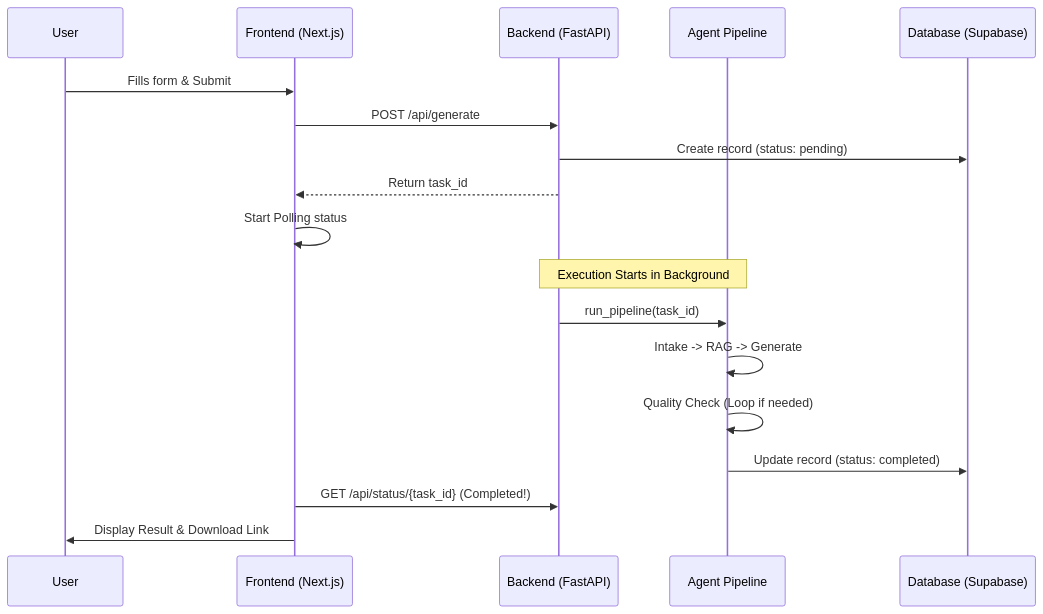
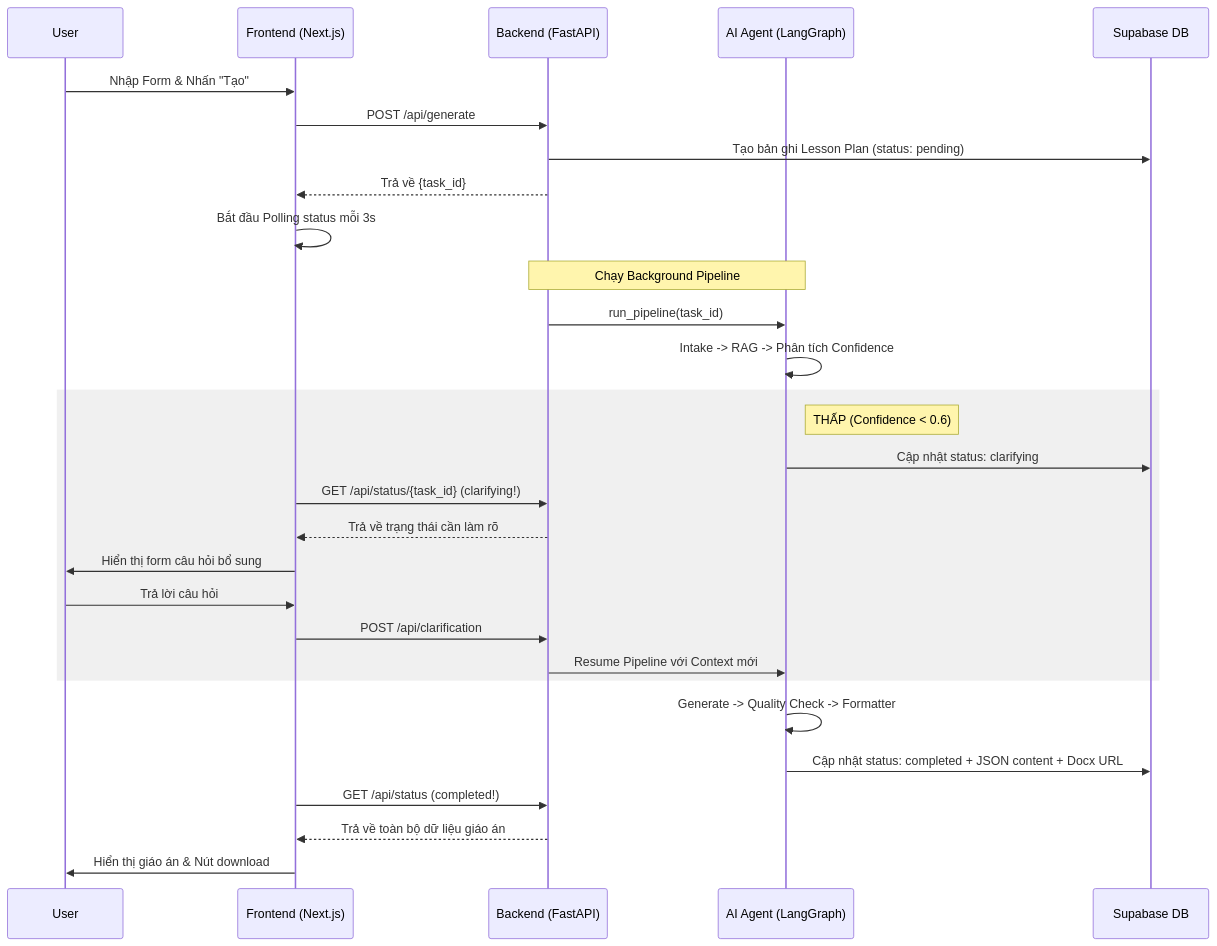
The second of 2 diagrams in architecture.md (buiftheescoong/A20-App-Deploy), drawn with Mermaid before and after one commit. The commit also changed other lines of this file and 3 other files, not shown here.

Commit message:
update plan architecture: using LangGraph, SSE liên tục, add upload, improve UX

````diff
--- a/architecture.md
+++ b/architecture.md
@@ -98,24 +116,36 @@
 ```mermaid
 sequenceDiagram
-    participant User
+    participant U as User
     participant FE as Frontend (Next.js)
     participant BE as Backend (FastAPI)
-    participant AG as Agent Pipeline
-    participant DB as Database (Supabase)
+    participant AG as AI Agent (LangGraph)
+    participant DB as Supabase DB
 
-    User->>FE: Fills form & Submit
+    U->>FE: Nhập Form & Nhấn "Tạo"
     FE->>BE: POST /api/generate
-    BE->>DB: Create record (status: pending)
-    BE-->>FE: Return task_id
-    FE->>FE: Start Polling status
+    BE->>DB: Tạo bản ghi Lesson Plan (status: pending)
+    BE-->>FE: Trả về {task_id}
+    FE->>FE: Bắt đầu Polling status mỗi 3s
+
+    Note over BE,AG: Chạy Background Pipeline
+    BE->>AG: run_pipeline(task_id)
+    AG->>AG: Intake -> RAG -> Phân tích Confidence
     
-    Note over BE,AG: Execution Starts in Background
+    rect rgb(240, 240, 240)
+        Note right of AG: THẤP (Confidence < 0.6)
+        AG->>DB: Cập nhật status: clarifying
+        FE->>BE: GET /api/status/{task_id} (clarifying!)
+        BE-->>FE: Trả về trạng thái cần làm rõ
+        FE->>U: Hiển thị form câu hỏi bổ sung
+        U->>FE: Trả lời câu hỏi
+        FE->>BE: POST /api/clarification
+        BE->>AG: Resume Pipeline với Context mới
+    end
+
+    AG->>AG: Generate -> Quality Check -> Formatter
+    AG->>DB: Cập nhật status: completed + JSON content + Docx URL
     
-    BE->>AG: run_pipeline(task_id)
-    AG->>AG: Intake -> RAG -> Generate
-    AG->>AG: Quality Check (Loop if needed)
-    AG->>DB: Update record (status: completed)
-    
-    FE->>BE: GET /api/status/{task_id} (Completed!)
-    FE->>User: Display Result & Download Link
+    FE->>BE: GET /api/status (completed!)
+    BE-->>FE: Trả về toàn bộ dữ liệu giáo án
+    FE->>U: Hiển thị giáo án & Nút download
 ```
````
